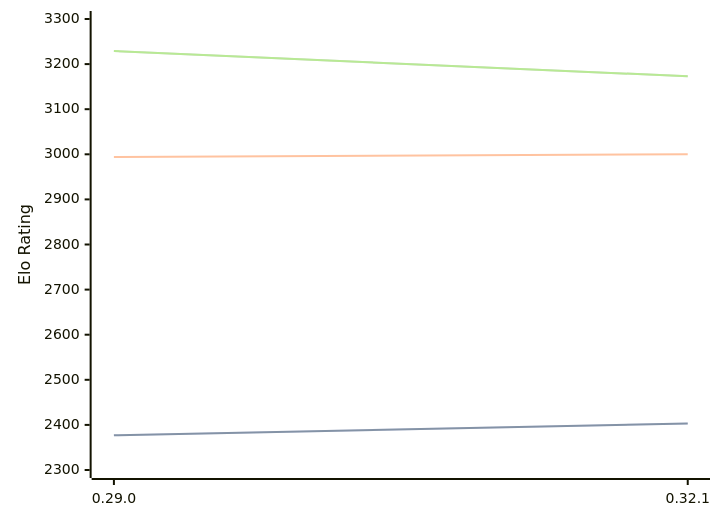
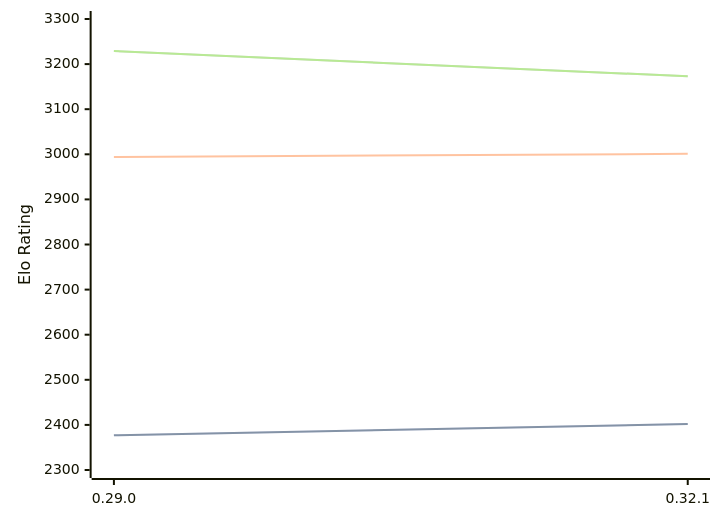
The diagram in engines/Lc0.md (computer-chess-index/cci), drawn with Mermaid before and after one commit. The commit also changed other lines of this file, not shown here.

````diff
--- a/engines/Lc0.md
+++ b/engines/Lc0.md
@@ -32,11 +32,11 @@
 ```mermaid
 %%{init: {"theme":"base","themeVariables":{"seriesColors:['#a3a3a3','#222221','#faa371']}}}%%
 xychart-beta
   x-axis ["0.29.0", "0.32.1"]
   y-axis "Elo Rating" 2300 --> 3300
-  line "" [2377, 2403]
-  line "STC (8.0+0.08s)" [2377, 2403]
-  line "LTC (60.0+0.60s)" [2994, 3000]
+  line "" [2377, 2402]
+  line "STC (8.0+0.08s)" [2377, 2402]
+  line "LTC (60.0+0.60s)" [2994, 3001]
   line "" [3229, 3173]
   line "VLTC (2m24s+1.12s)" [3229, 3173]
 ```
````
